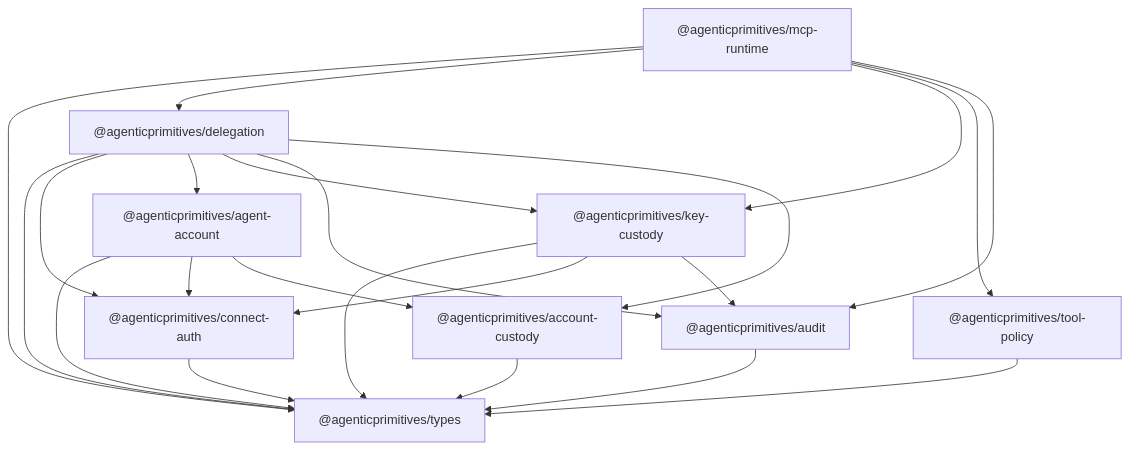
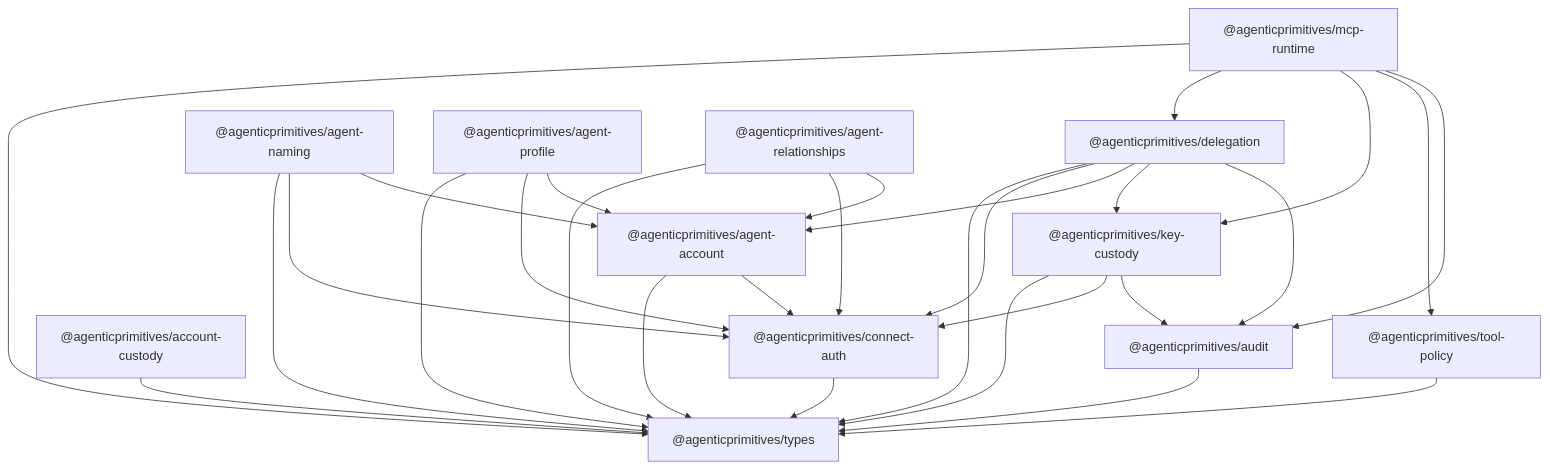
The first of 5 diagrams in docs/audits/architecture-diagram.md (rpedersen3/agenticprimitives-6-17-26), drawn with Mermaid before and after one commit. The commit also changed 24 other files, not shown here.

````diff
--- a/docs/audits/architecture-diagram.md
+++ b/docs/audits/architecture-diagram.md
@@ -19,40 +19,51 @@
 ```mermaid
 graph TD
   types["@agenticprimitives/types"]
   identityAuth["@agenticprimitives/connect-auth"]
   keyCustody["@agenticprimitives/key-custody"]
   custody["@agenticprimitives/account-custody"]
   agentAccount["@agenticprimitives/agent-account"]
   delegation["@agenticprimitives/delegation"]
   toolPolicy["@agenticprimitives/tool-policy"]
   mcpRuntime["@agenticprimitives/mcp-runtime"]
   audit["@agenticprimitives/audit"]
+  agentNaming["@agenticprimitives/agent-naming"]
+  agentProfile["@agenticprimitives/agent-profile"]
+  agentRelationships["@agenticprimitives/agent-relationships"]
 
   identityAuth --> types
   agentAccount --> types
   agentAccount --> identityAuth
-  agentAccount --> custody
 
   keyCustody --> types
   keyCustody --> identityAuth
   keyCustody --> audit
 
   delegation --> types
   delegation --> identityAuth
   delegation --> agentAccount
   delegation --> keyCustody
   delegation --> audit
-  delegation --> custody
 
   toolPolicy --> types
 
   mcpRuntime --> types
   mcpRuntime --> delegation
   mcpRuntime --> keyCustody
   mcpRuntime --> toolPolicy
   mcpRuntime --> audit
 
   custody --> types
 
+  agentNaming --> types
+  agentNaming --> identityAuth
+  agentNaming --> agentAccount
+  agentProfile --> types
+  agentProfile --> identityAuth
+  agentProfile --> agentAccount
+  agentRelationships --> types
+  agentRelationships --> identityAuth
+  agentRelationships --> agentAccount
+
   audit --> types
 ```
````
